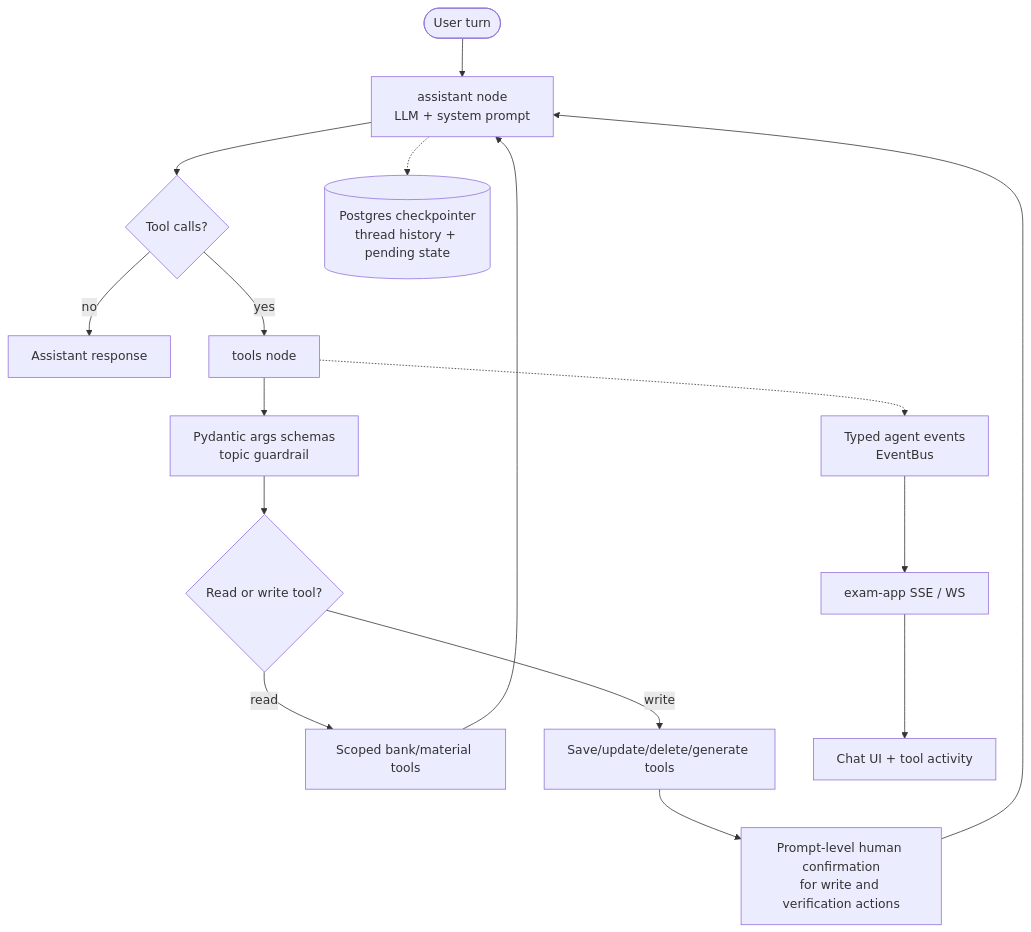
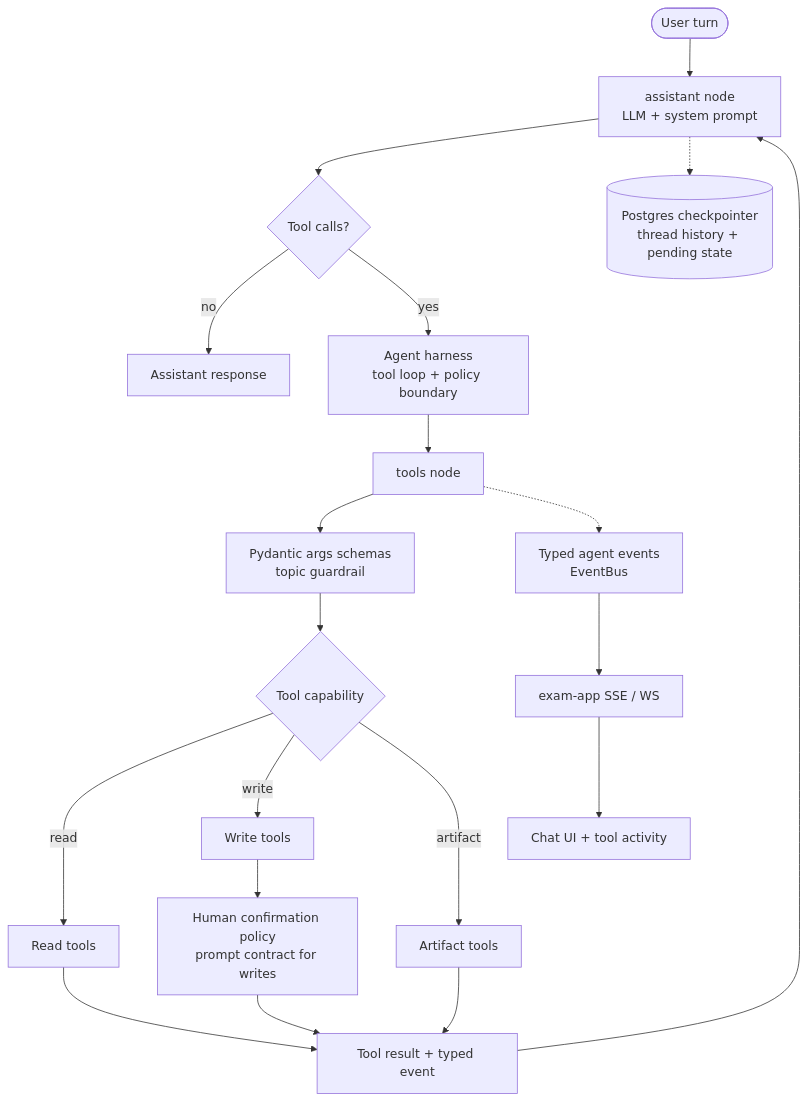
Before and after one commit to danilo-pilacuan/examgen-project: the third of 13 diagrams in docs/graphs.md, drawn with Mermaid. The commit also changed other lines of this file and 4 other files, not shown here.

Commit message:
docs(architecture): detail agent tool harness

````diff
--- a/docs/graphs.md
+++ b/docs/graphs.md
@@ -77,18 +81,22 @@
 ```mermaid
 flowchart TD
     start([User turn]) --> assistant["assistant node<br/>LLM + system prompt"]
     assistant --> decision{"Tool calls?"}
     decision -->|"no"| response["Assistant response"]
-    decision -->|"yes"| tools["tools node"]
+    decision -->|"yes"| harness["Agent harness<br/>tool loop + policy boundary"]
+    harness --> tools["tools node"]
     tools --> validate["Pydantic args schemas<br/>topic guardrail"]
-    validate --> readwrite{"Read or write tool?"}
-    readwrite -->|"read"| read["Scoped bank/material tools"]
-    readwrite -->|"write"| write["Save/update/delete/generate tools"]
-    read --> assistant
-    write --> confirmation["Prompt-level human confirmation<br/>for write and verification actions"]
-    confirmation --> assistant
+    validate --> catalog{"Tool capability"}
+    catalog -->|"read"| read["Read tools"]
+    catalog -->|"write"| write["Write tools"]
+    catalog -->|"artifact"| artifact["Artifact tools"]
+    read --> result["Tool result + typed event"]
+    write --> confirmation["Human confirmation policy<br/>prompt contract for writes"]
+    confirmation --> result
+    artifact --> result
+    result --> assistant
     assistant -.-> checkpoint[("Postgres checkpointer<br/>thread history + pending state")]
     tools -.-> events["Typed agent events<br/>EventBus"]
     events --> stream["exam-app SSE / WS"]
     stream --> ui["Chat UI + tool activity"]
 ```
````
